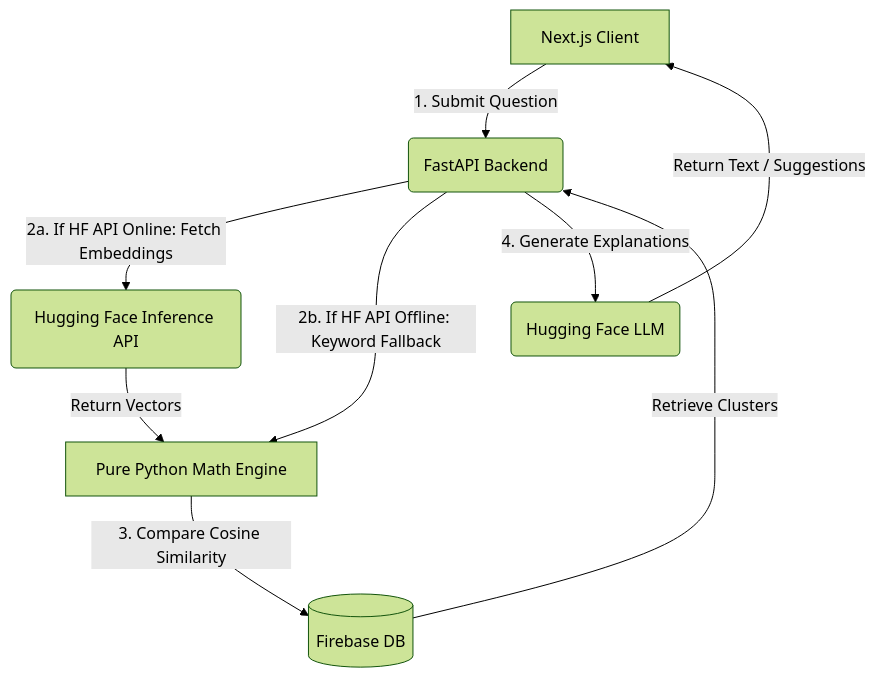
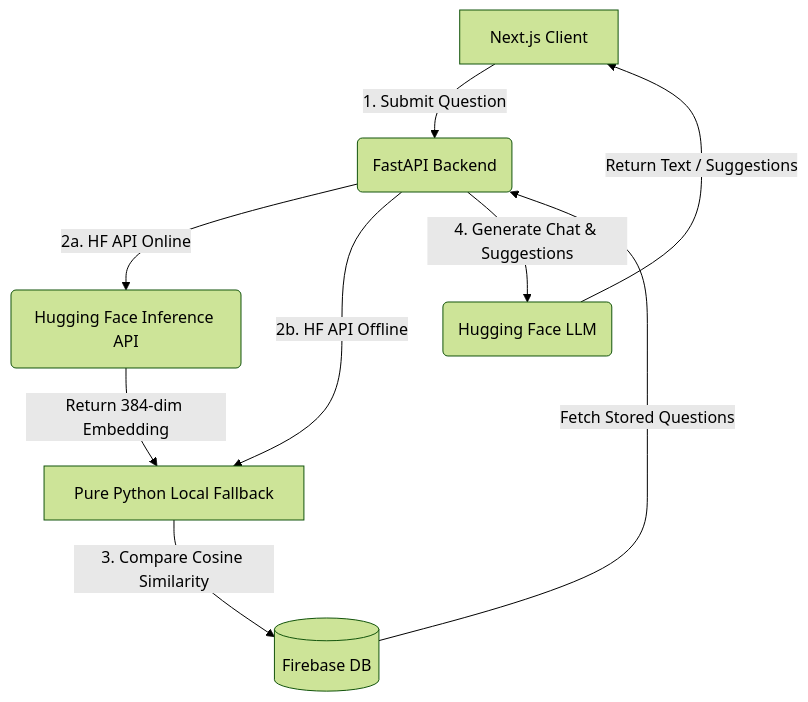
One commit to ADhanaseelan/Similar-Question-Finder-with-Auto-Tagging-GISUL changed the diagram in README.md. Above: the diagram before and after it, drawn with Mermaid (forest theme). The commit also changed other lines of this file, not shown here.

````diff
--- a/README.md
+++ b/README.md
@@ -26,11 +26,11 @@
 ```mermaid
 graph TD
     A[Next.js Client] -->|1. Submit Question| B(FastAPI Backend)
-    B -->|2a. If HF API Online: Fetch Embeddings| C(Hugging Face Inference API)
-    B -->|2b. If HF API Offline: Keyword Fallback| D[Pure Python Math Engine]
-    C -->|Return Vectors| D
+    B -->|2a. HF API Online| C(Hugging Face Inference API)
+    B -->|2b. HF API Offline| D[Pure Python Local Fallback]
+    C -->|Return 384-dim Embedding| D
     D -->|3. Compare Cosine Similarity| E[(Firebase DB)]
-    E -->|Retrieve Clusters| B
-    B -->|4. Generate Explanations| F(Hugging Face LLM)
+    E -->|Fetch Stored Questions| B
+    B -->|4. Generate Chat & Suggestions| F(Hugging Face LLM)
     F -->|Return Text / Suggestions| A
 ```
````
